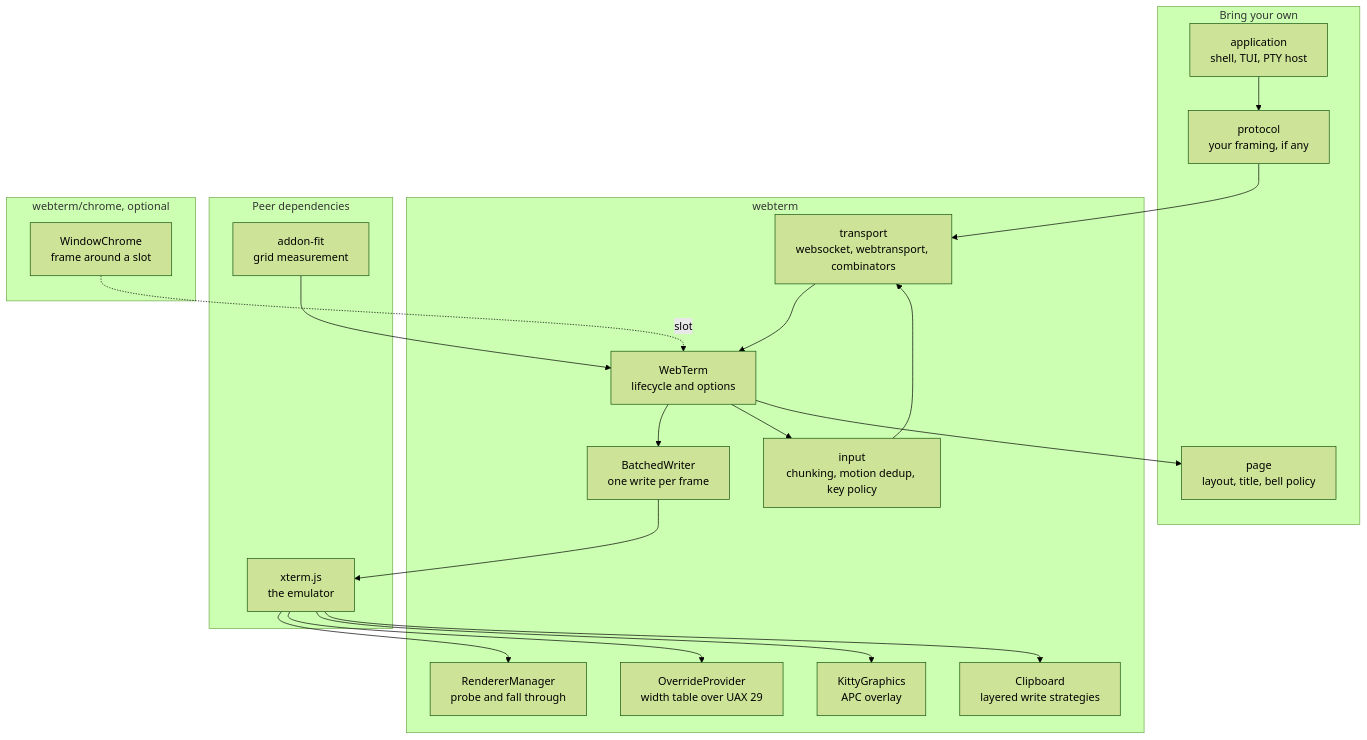
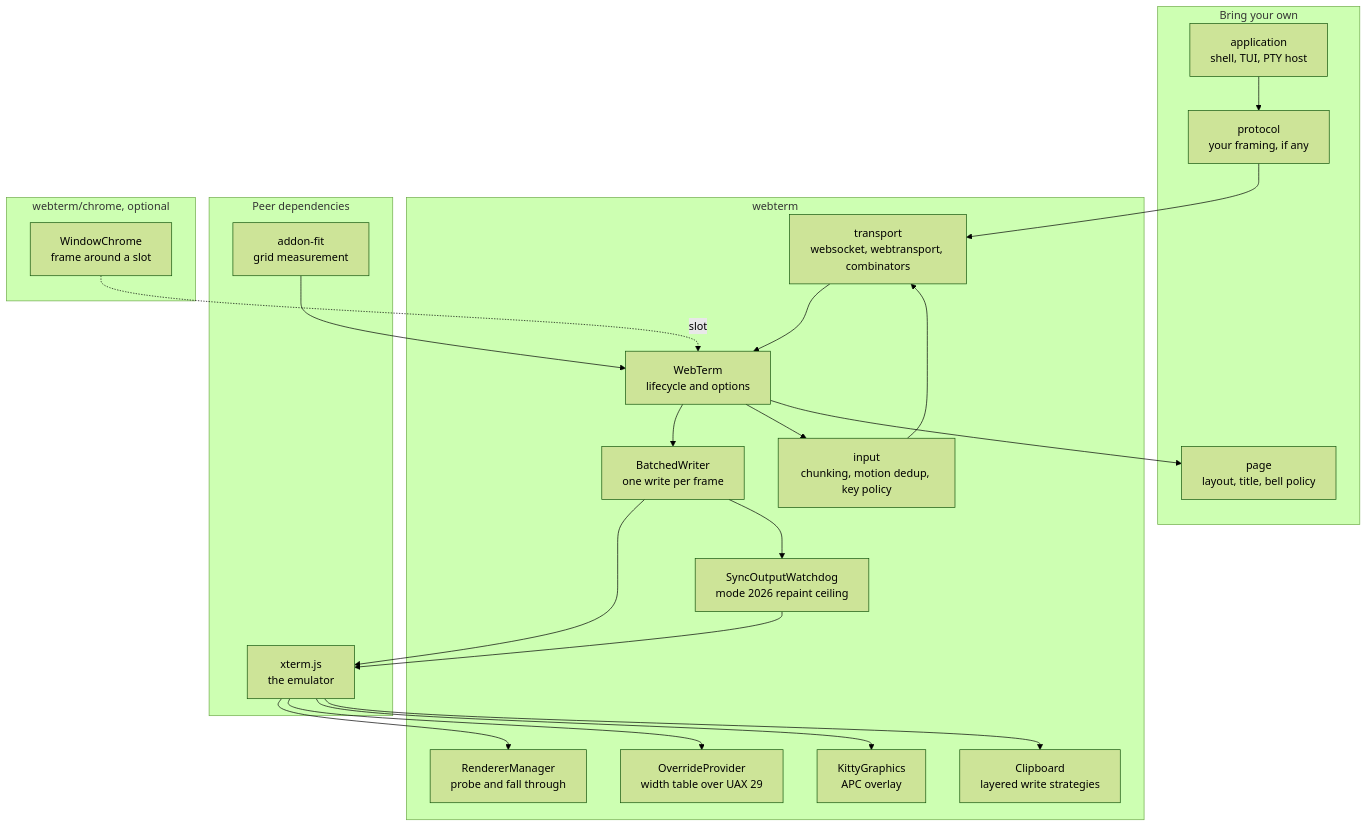
Before and after one commit to Gaurav-Gosain/webterm: the first of 2 diagrams in README.md, drawn with Mermaid (forest theme). The commit also changed other lines of this file and 8 other files, not shown here.

````diff
--- a/README.md
+++ b/README.md
@@ -76,39 +76,42 @@
 ```mermaid
 flowchart TB
   subgraph Yours["Bring your own"]
     App[application<br/>shell, TUI, PTY host]
     Proto[protocol<br/>your framing, if any]
     Page[page<br/>layout, title, bell policy]
   end
 
   subgraph Core["webterm"]
     WT[WebTerm<br/>lifecycle and options]
     Writer[BatchedWriter<br/>one write per frame]
     Input[input<br/>chunking, motion dedup, key policy]
     Clip[Clipboard<br/>layered write strategies]
     Uni[OverrideProvider<br/>width table over UAX 29]
     Kitty[KittyGraphics<br/>APC overlay]
     Rend[RendererManager<br/>probe and fall through]
+    Sync[SyncOutputWatchdog<br/>mode 2026 repaint ceiling]
     Trans[transport<br/>websocket, webtransport, combinators]
   end
 
   subgraph Peers["Peer dependencies"]
     Xterm[xterm.js<br/>the emulator]
     Fit[addon-fit<br/>grid measurement]
   end
 
   subgraph Chrome["webterm/chrome, optional"]
     Frame[WindowChrome<br/>frame around a slot]
   end
 
   App --> Proto --> Trans --> WT
   WT --> Writer --> Xterm
   Xterm --> Rend
+  Writer --> Sync
+  Sync --> Xterm
   Xterm --> Uni
   Xterm --> Kitty
   Xterm --> Clip
   WT --> Input --> Trans
   WT --> Page
   Fit --> WT
   Frame -.slot.-> WT
 ```
````
